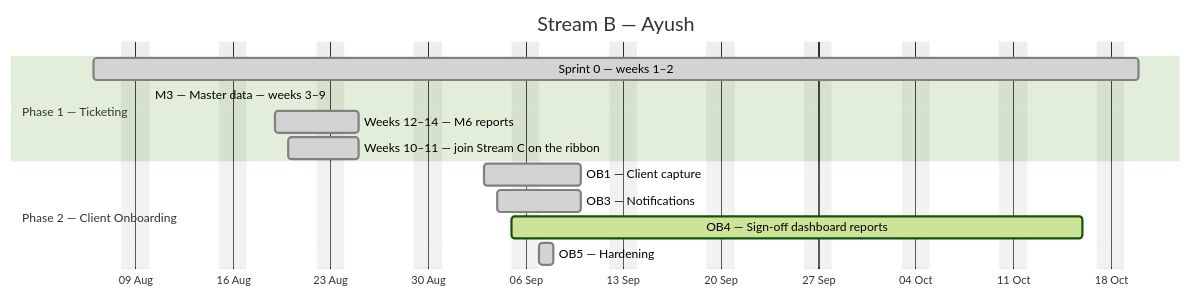
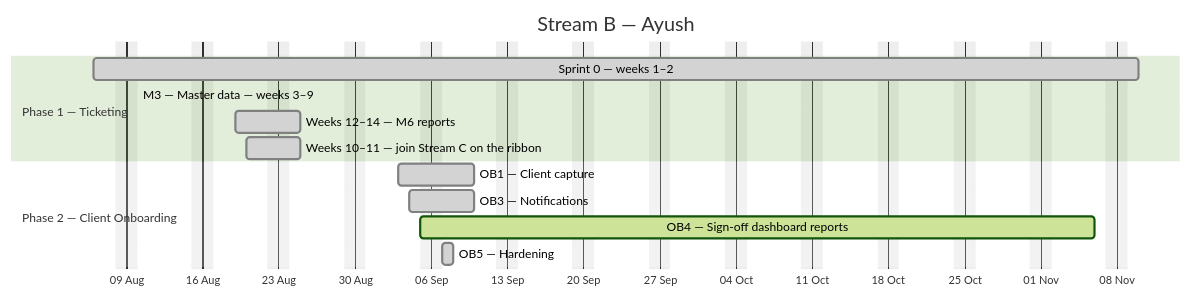
Before and after one commit to debashisedunext/EduTrack: the second of 4 diagrams in docs/plan/GANTT.md, drawn with Mermaid (forest theme). The commit also changed other lines of this file and 2 other files, not shown here.

````diff
--- a/docs/plan/GANTT.md
+++ b/docs/plan/GANTT.md
@@ -135,17 +135,17 @@
 ```mermaid
 gantt
     dateFormat YYYY-MM-DD
     axisFormat %d %b
     title Stream B — Ayush
     excludes weekends
     section Phase 1 — Ticketing
-    Sprint 0 — weeks 1–2 :done, b0, 2026-08-06, 53d
-    M3 — Master data — weeks 3–9 :done, b1, 2026-08-10, -40d
+    Sprint 0 — weeks 1–2 :done, b0, 2026-08-06, 68d
+    M3 — Master data — weeks 3–9 :done, b1, 2026-08-10, -55d
     Weeks 12–14 — M6 reports :done, b2, 2026-08-19, 4d
     Weeks 10–11 — join Stream C on the ribbon :done, b3, 2026-08-20, 3d
     section Phase 2 — Client Onboarding
     OB1 — Client capture :done, b4, 2026-09-03, 5d
     OB3 — Notifications :done, b5, 2026-09-04, 4d
-    OB4 — Sign-off  dashboard  reports :active, b6, 2026-09-05, 30d
+    OB4 — Sign-off  dashboard  reports :active, b6, 2026-09-05, 45d
     OB5 — Hardening :done, b7, 2026-09-07, 1d
 ```
````
